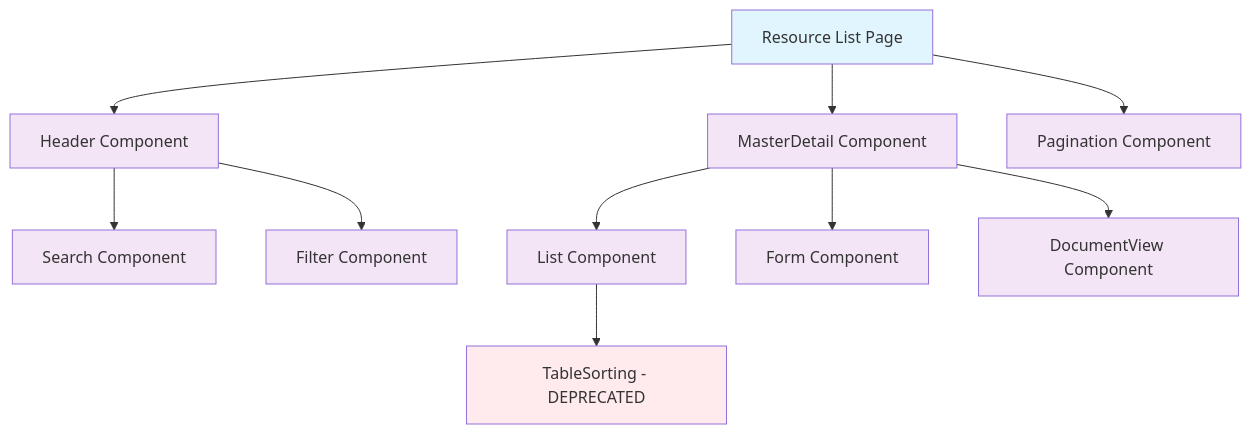
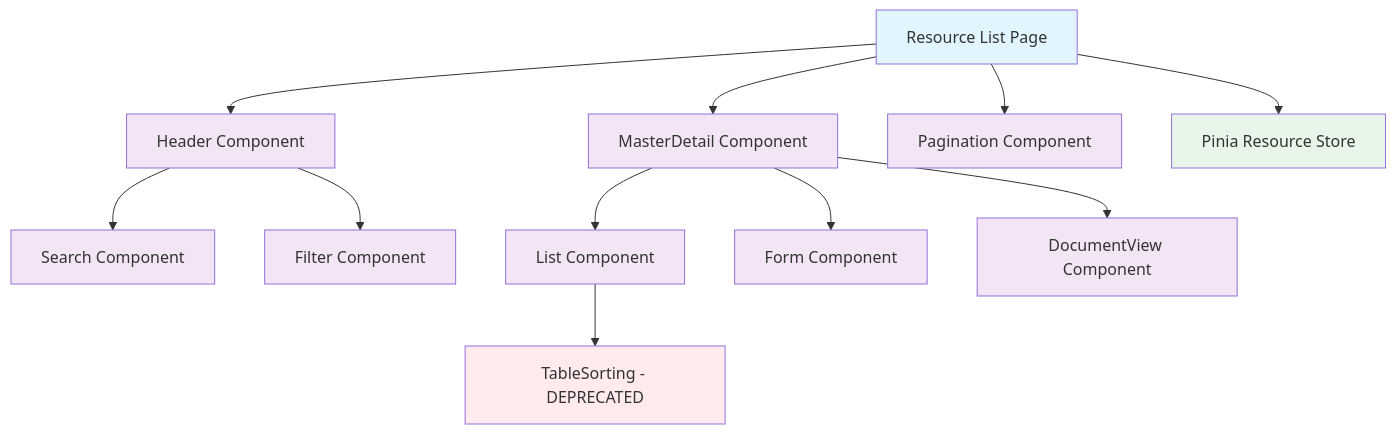
The diagram in design/app/page/list/[resource].md (thalib/bos), drawn with Mermaid before and after one commit. The commit also changed other lines of this file and 2 other files, not shown here.

````diff
--- a/design/app/page/list/[resource].md
+++ b/design/app/page/list/[resource].md
@@ -56,23 +67,26 @@
 ```mermaid
 graph TD
     A[Resource List Page] --> B[Header Component]
     A --> C[MasterDetail Component]
     A --> D[Pagination Component]
+    A --> S[Pinia Resource Store]
     
     B --> E[Search Component]
     B --> F[Filter Component]
     
     C --> G[List Component]
     C --> H[Form Component]
     C --> I[DocumentView Component]
     
     G --> J[TableSorting - DEPRECATED]
     
     classDef coordinator fill:#e1f5fe
     classDef selfContained fill:#f3e5f5
+    classDef store fill:#e8f5e9
     classDef deprecated fill:#ffebee
     
     class A coordinator
+    class S store
     class B,C,D,E,F,G,H,I selfContained
     class J deprecated
 ```
````
